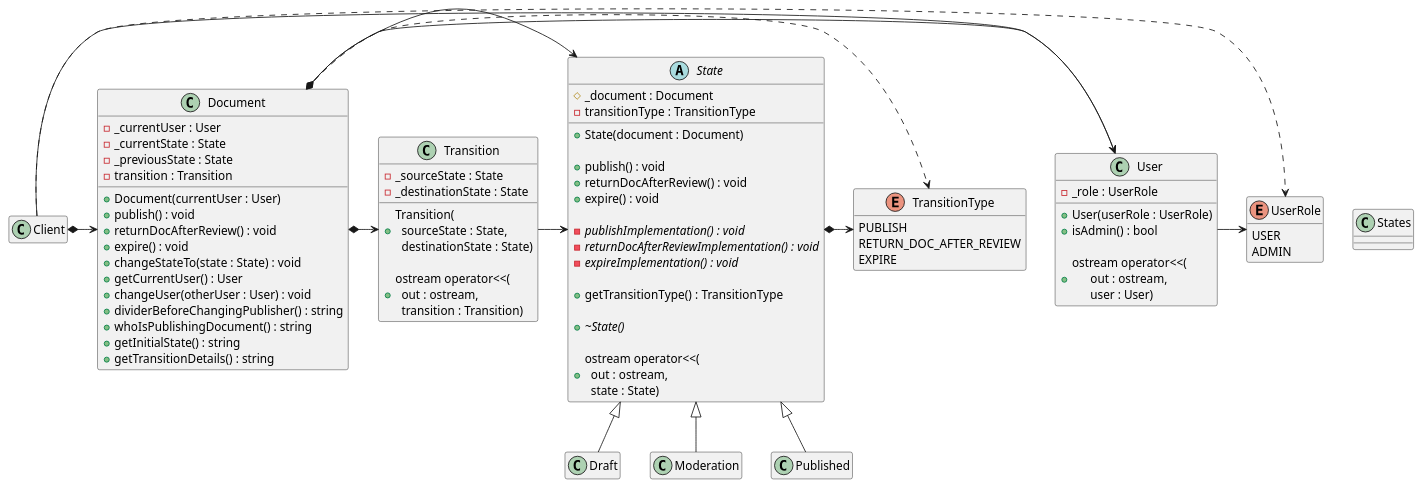
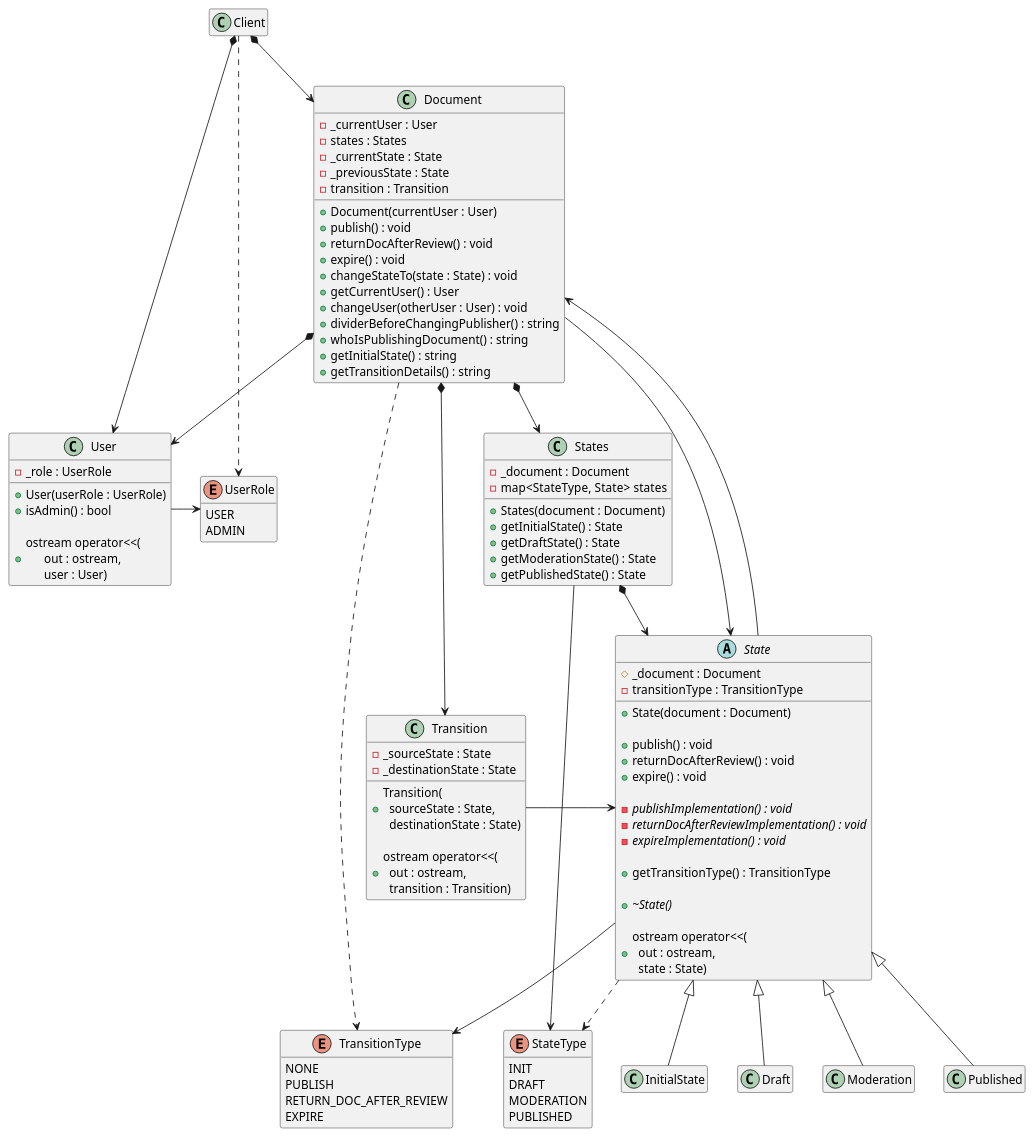
One commit to kyberdrb/CLionProjects changed the diagram in state_design_pattern/documentAsStateDesignPatternProduction/state_design_pattern-class_diagram.puml. Above: the diagram before and after it, drawn with PlantUML. The commit also changed 1 other file, not shown here.

Commit message:
State design pattern: v3 - Precreated states: update UML class diagram

```diff
--- a/state_design_pattern/documentAsStateDesignPatternProduction/state_design_pattern-class_diagram.puml
+++ b/state_design_pattern/documentAsStateDesignPatternProduction/state_design_pattern-class_diagram.puml
@@ -1,120 +1,154 @@
 @startuml
 'https://plantuml.com/class-diagram
 
 class Client
 hide Client members
 
-Client *-> Document
-Client -> User
+Client *--> Document
+Client *--> User
 Client .> UserRole
 
 class Document {
     + Document(currentUser : User)
     + publish() : void
     + returnDocAfterReview() : void
     + expire() : void
     + changeStateTo(state : State) : void
     + getCurrentUser() : User
     + changeUser(otherUser : User) : void
     + dividerBeforeChangingPublisher() : string
     + whoIsPublishingDocument() : string
     + getInitialState() : string
     + getTransitionDetails() : string
 
     - _currentUser : User
+    - states : States
     - _currentState : State
     - _previousState : State
     - transition : Transition
 }
 
-Document *-> User
-Document *-> State
-Document *-> Transition
-Document .> TransitionType
+Document --> State
+Document *--> User
+Document *--> Transition
+Document ..> TransitionType
+Document *--> States
+
+enum StateType {
+    INIT
+    DRAFT
+    MODERATION
+    PUBLISHED
+}
+
+hide StateType methods
 
 class States {
+    + States(document : Document)
+    + getInitialState() : State
+    + getDraftState() : State
+    + getModerationState() : State
+    + getPublishedState() : State
 
+    - _document : Document
+    /'- _statesSingleton : States'/
+    - map<StateType, State>  states
 }
+
+States --> StateType
+States *--> State
+
+/'States *--> InitialState
+States *--> Draft
+States *--> Moderation
+States *--> Published'/
 
 abstract class State {
     + State(document : Document)
 
     + publish() : void
     + returnDocAfterReview() : void
     + expire() : void
 
   - {abstract} publishImplementation() : void
   - {abstract} returnDocAfterReviewImplementation() : void
   - {abstract} expireImplementation() : void
 
   + getTransitionType() : TransitionType
 
   + {abstract} ~State()
 
   + ostream operator<<(\n\
   out : ostream,\n\
   state : State)
 
     # _document : Document
     - transitionType : TransitionType
 }
 
-State *-> TransitionType
+State --> Document
+State --> TransitionType
+State ..> StateType
 
+State <|-- InitialState
 State <|-- Draft
 State <|-- Moderation
 State <|-- Published
+
+class InitialState
+hide InitialState members
 
 class Draft
 hide Draft members
 
 class Moderation
 hide Moderation members
 
 class Published
 hide Published members
 
 class Transition {
     + Transition(\n\
   sourceState : State,\n\
   destinationState : State)
 
     + ostream operator<<(\n\
   out : ostream,\n\
   transition : Transition)
 
     - _sourceState : State
     - _destinationState : State
 }
 
 Transition -> State
 
 enum TransitionType {
+    NONE
     PUBLISH
     RETURN_DOC_AFTER_REVIEW
     EXPIRE
 }
 
 hide TransitionType methods
 
 class User {
     + User(userRole : UserRole)
     + isAdmin() : bool
 
     + ostream operator<<(\n\
       out : ostream,\n\
       user : User)
 
     - _role : UserRole
 }
 
 User -> UserRole
 
 enum UserRole {
     USER
     ADMIN
 }
 
 hide UserRole methods
 
 @enduml
```
